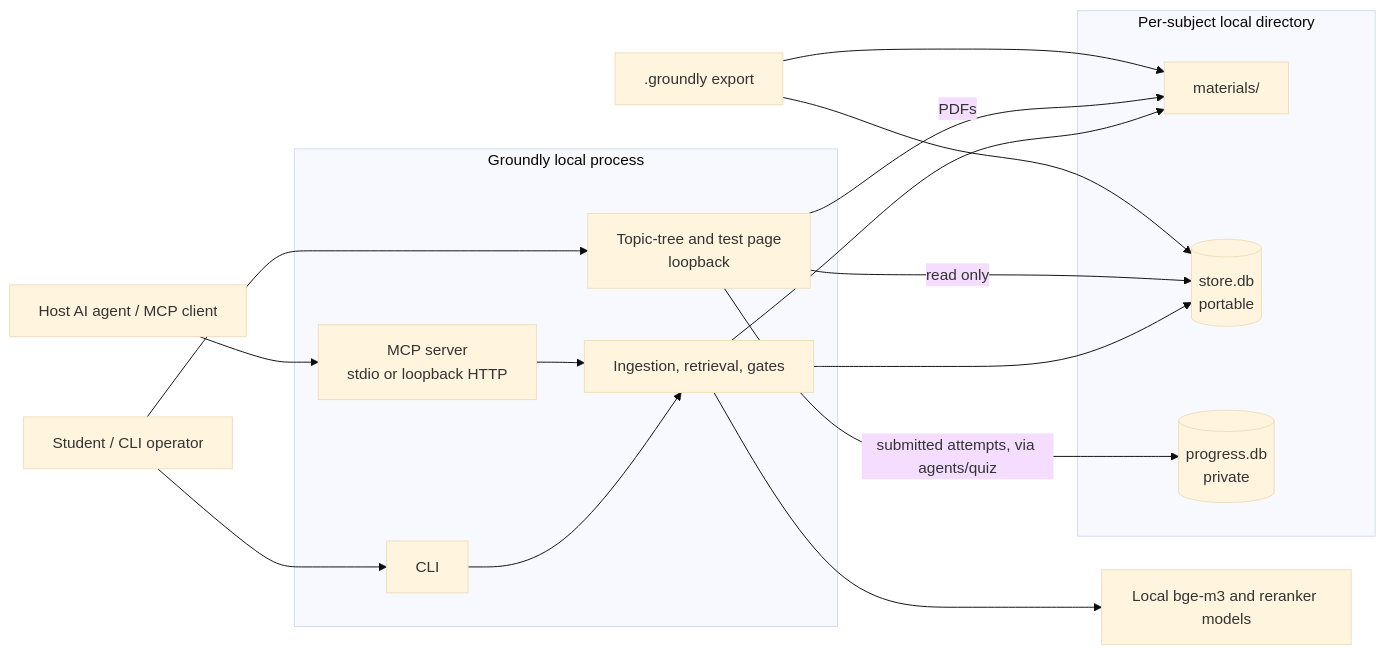
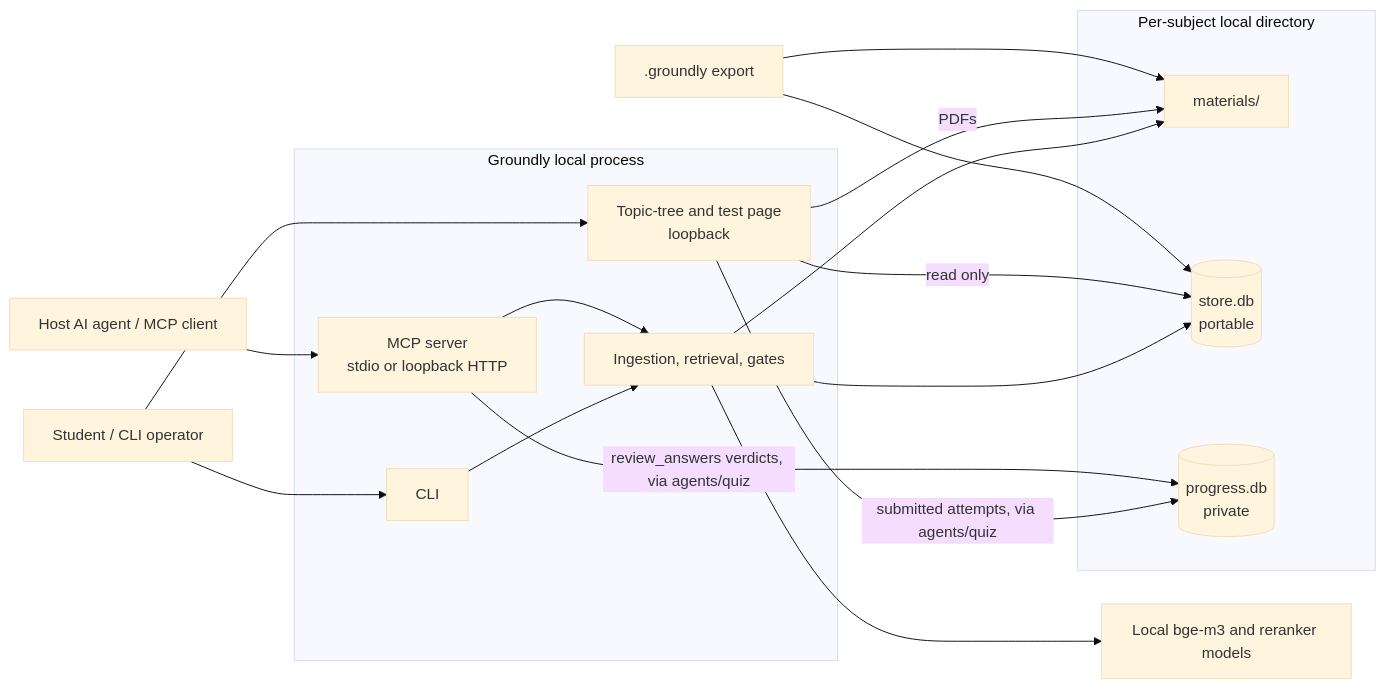
One commit to paulhondola/groundly changed the diagram in docs/architecture/overview.md. Above: the diagram before and after it, drawn with Mermaid (base theme). The commit also changed 7 other files, not shown here.

````diff
--- a/docs/architecture/overview.md
+++ b/docs/architecture/overview.md
@@ -32,33 +32,34 @@
 ```mermaid
 flowchart LR
     student[Student / CLI operator]
     host[Host AI agent / MCP client]
     models[Local bge-m3 and reranker models]
 
     subgraph Groundly[Groundly local process]
         cli[CLI]
         mcp[MCP server\nstdio or loopback HTTP]
         web[Topic-tree and test page\nloopback]
         services[Ingestion, retrieval, gates]
         cli --> services
         mcp --> services
     end
 
     subgraph Subject[Per-subject local directory]
         materials[materials/]
         store[(store.db\nportable)]
         progress[(progress.db\nprivate)]
     end
 
     student --> cli
     student --> web
     host --> mcp
     services --> materials
     services --> store
     web -->|read only| store
     web -->|submitted attempts, via agents/quiz| progress
+    mcp -->|review_answers verdicts, via agents/quiz| progress
     web -->|PDFs| materials
     services --> models
     bundle[.groundly export] --> store
     bundle --> materials
 ```
````
